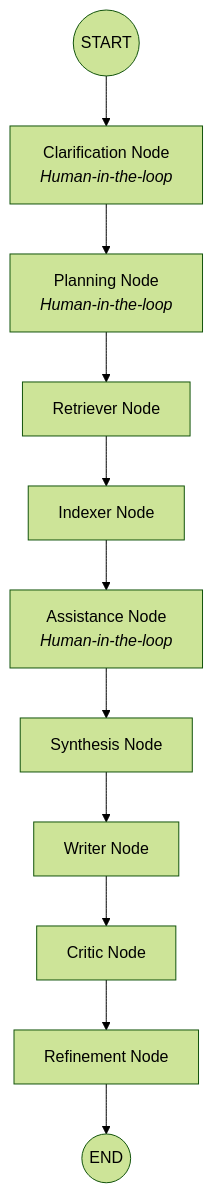
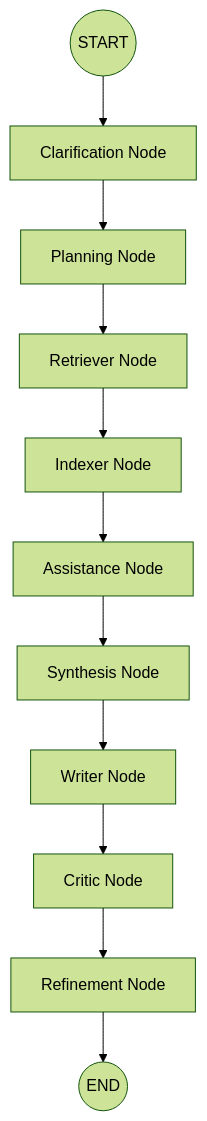
Before and after one commit to Ganesh-reddy005/Research-agent: the diagram in README.md, drawn with Mermaid (forest theme). The commit also changed other lines of this file and 165 other files, not shown here.

````diff
--- a/README.md
+++ b/README.md
@@ -51,13 +58,13 @@
 ```mermaid
 graph TD
-    START((START)) --> Clarification[Clarification Node<br><i>Human-in-the-loop</i>]
-    Clarification --> Planning[Planning Node<br><i>Human-in-the-loop</i>]
+    START((START)) --> Clarification[Clarification Node]
+    Clarification --> Planning[Planning Node]
     Planning --> Retriever[Retriever Node]
     Retriever --> Indexer[Indexer Node]
-    Indexer --> Assistance[Assistance Node<br><i>Human-in-the-loop</i>]
+    Indexer --> Assistance[Assistance Node]
     Assistance --> Synthesis[Synthesis Node]
     Synthesis --> Writer[Writer Node]
     Writer --> Critic[Critic Node]
     Critic --> Refinement[Refinement Node]
     Refinement --> END((END))
 ```
````
